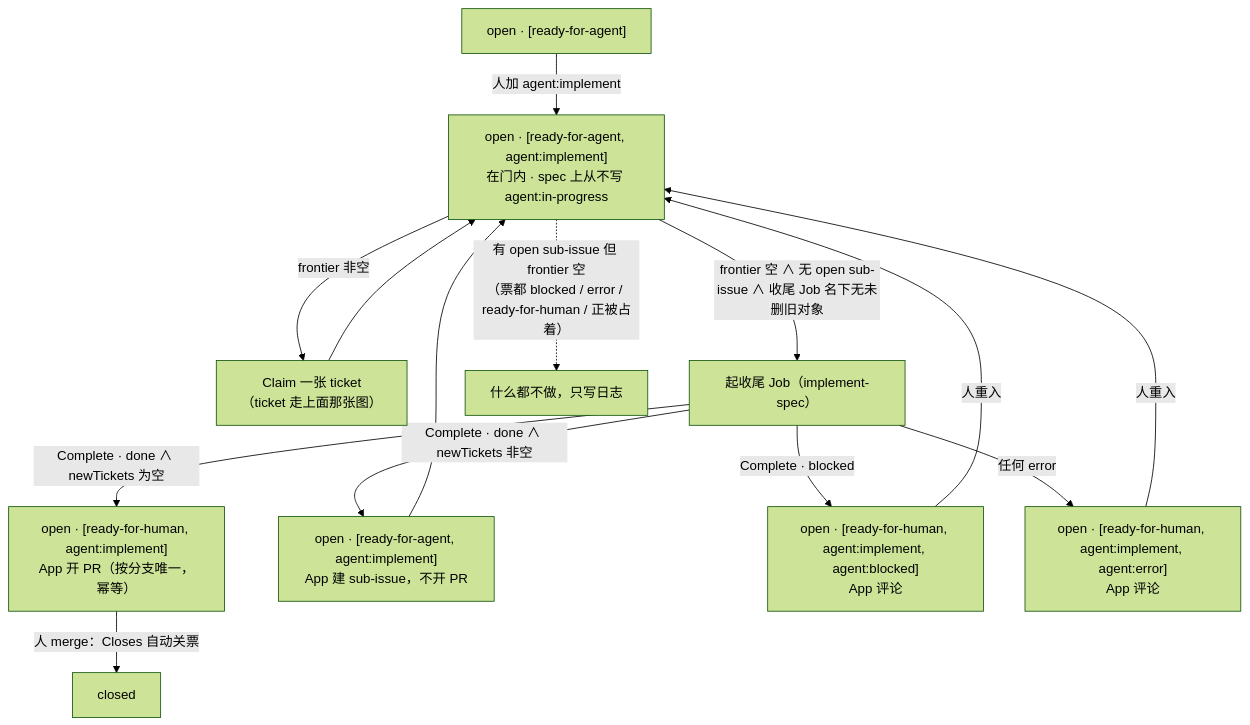
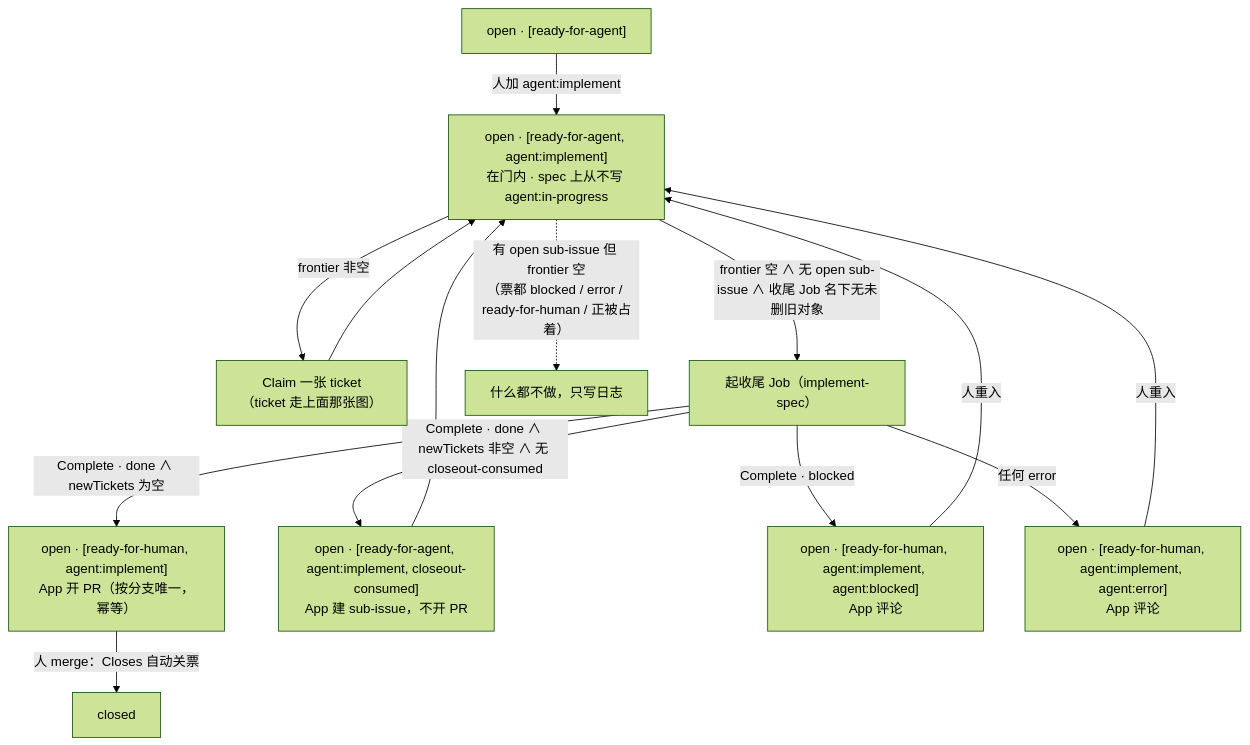
Before and after one commit to 2017fighting/remote-agent: the fifth of 9 diagrams in docs/architecture.md, drawn with Mermaid (forest theme). The commit also changed other lines of this file and 16 other files, not shown here.

````diff
--- a/docs/architecture.md
+++ b/docs/architecture.md
@@ -248,16 +263,16 @@
 ```mermaid
 flowchart TD
     S0["open · [ready-for-agent]"] -->|"人加 agent:implement"| S1["open · [ready-for-agent, agent:implement]<br/>在门内 · spec 上从不写 agent:in-progress"]
     S1 -->|"frontier 非空"| Claim["Claim 一张 ticket<br/>（ticket 走上面那张图）"]
     Claim --> S1
     S1 -->|"frontier 空 ∧ 无 open sub-issue ∧ 收尾 Job 名下无未删旧对象"| S2["起收尾 Job（implement-spec）"]
     S1 -.->|"有 open sub-issue 但 frontier 空<br/>（票都 blocked / error / ready-for-human / 正被占着）"| Idle["什么都不做，只写日志"]
     S2 -->|"Complete · done ∧ newTickets 为空"| S3["open · [ready-for-human, agent:implement]<br/>App 开 PR（按分支唯一，幂等）"]
-    S2 -->|"Complete · done ∧ newTickets 非空"| S3N["open · [ready-for-agent, agent:implement]<br/>App 建 sub-issue，不开 PR"]
+    S2 -->|"Complete · done ∧ newTickets 非空 ∧ 无 closeout-consumed"| S3N["open · [ready-for-agent, agent:implement, closeout-consumed]<br/>App 建 sub-issue，不开 PR"]
     S3N --> S1
     S2 -->|"Complete · blocked"| S4["open · [ready-for-human, agent:implement, agent:blocked]<br/>App 评论"]
     S2 -->|"任何 error"| S5["open · [ready-for-human, agent:implement, agent:error]<br/>App 评论"]
     S3 -->|"人 merge：Closes 自动关票"| Done["closed"]
     S4 -->|"人重入"| S1
     S5 -->|"人重入"| S1
 ```
````
